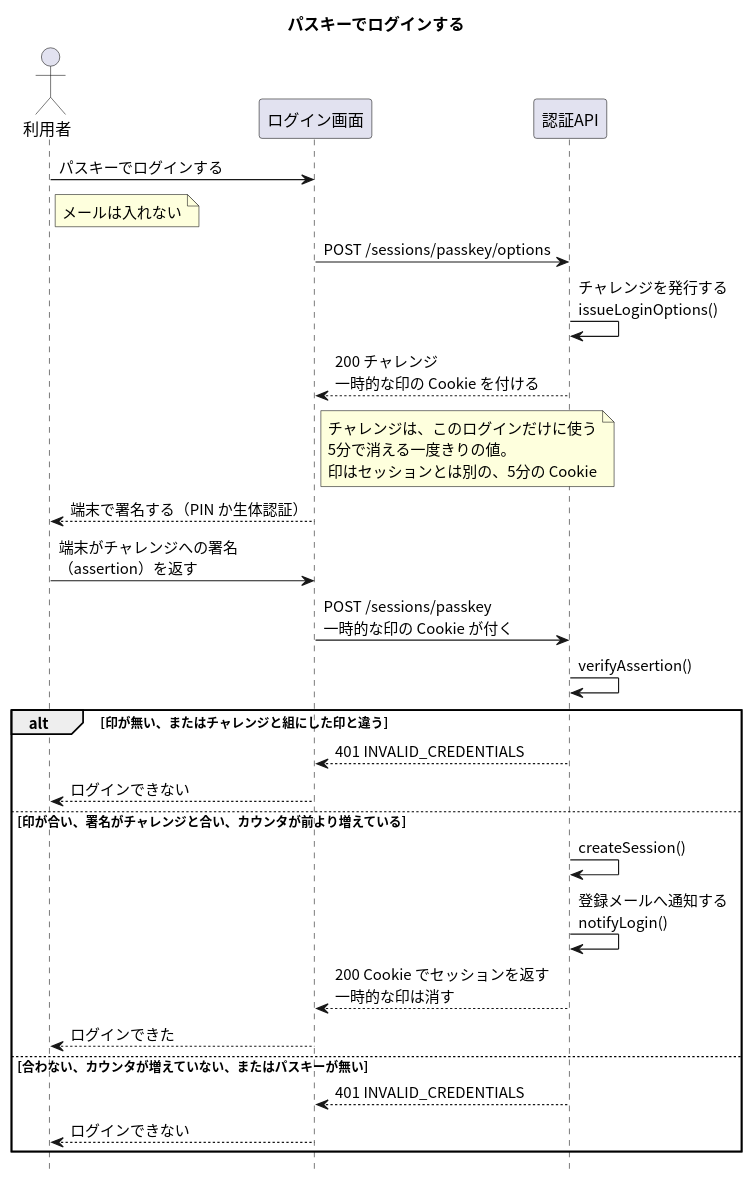
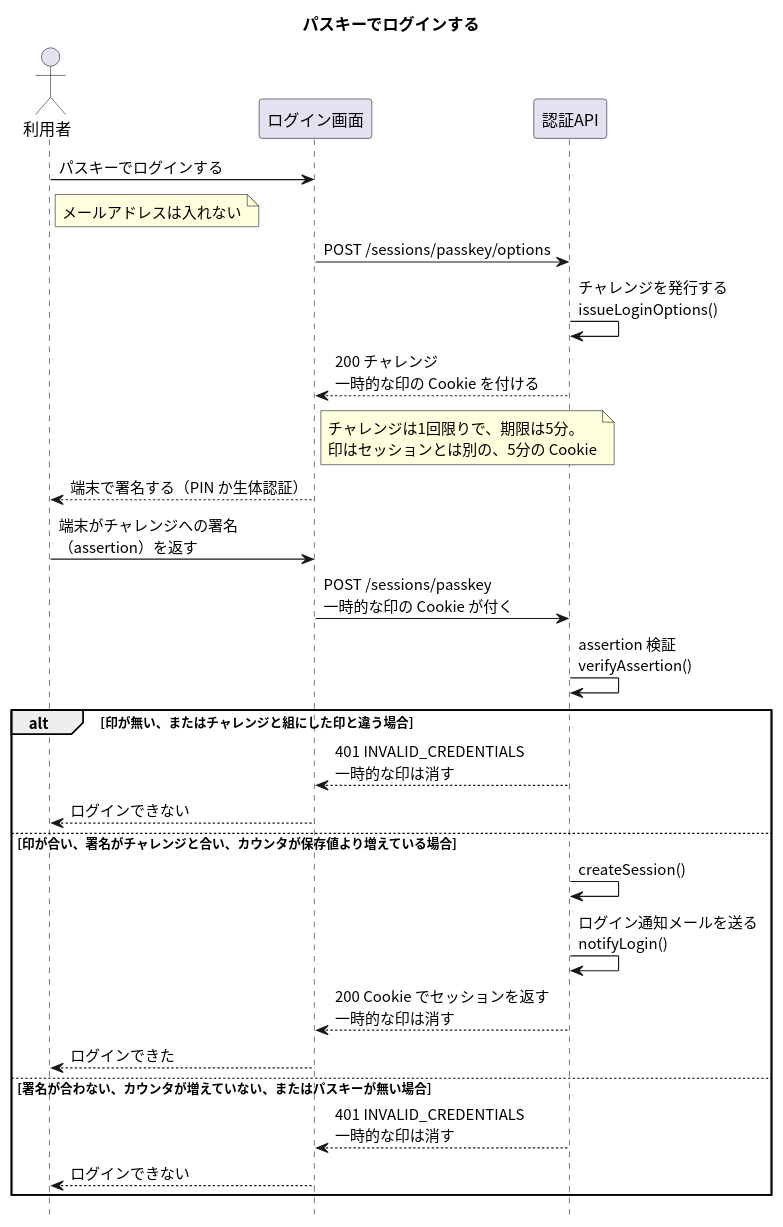
Before and after one commit to masamasamasato/design-doc-template: the diagram in apis/login-passkey/入口.puml, drawn with PlantUML. The commit also changed 113 other files, not shown here.

```diff
--- a/apis/login-passkey/入口.puml
+++ b/apis/login-passkey/入口.puml
@@ -1,35 +1,35 @@
 @startuml
 skinparam shadowing false
 skinparam defaultFontName "Noto Sans CJK JP"
 skinparam SequenceFontName "Noto Sans CJK JP"
 hide footbox
 
 title パスキーでログインする
 
 actor "利用者" as User
 participant "ログイン画面" as Screen
 participant "認証API" as API
 
 User -> Screen : パスキーでログインする
-note right of User : メールは入れない
+note right of User : メールアドレスは入れない
 Screen -> API : POST /sessions/passkey/options
 API -> API : チャレンジを発行する\nissueLoginOptions()
 API --> Screen : 200 チャレンジ\n一時的な印の Cookie を付ける
-note right of Screen : チャレンジは、このログインだけに使う\n5分で消える一度きりの値。\n印はセッションとは別の、5分の Cookie
+note right of Screen : チャレンジは1回限りで、期限は5分。\n印はセッションとは別の、5分の Cookie
 Screen --> User : 端末で署名する（PIN か生体認証）
 User -> Screen : 端末がチャレンジへの署名\n（assertion）を返す
 Screen -> API : POST /sessions/passkey\n一時的な印の Cookie が付く
-API -> API : verifyAssertion()
-alt 印が無い、またはチャレンジと組にした印と違う
-  API --> Screen : 401 INVALID_CREDENTIALS
+API -> API : assertion 検証\nverifyAssertion()
+alt 印が無い、またはチャレンジと組にした印と違う場合
+  API --> Screen : 401 INVALID_CREDENTIALS\n一時的な印は消す
   Screen --> User : ログインできない
-else 印が合い、署名がチャレンジと合い、カウンタが前より増えている
+else 印が合い、署名がチャレンジと合い、カウンタが保存値より増えている場合
   API -> API : createSession()
-  API -> API : 登録メールへ通知する\nnotifyLogin()
+  API -> API : ログイン通知メールを送る\nnotifyLogin()
   API --> Screen : 200 Cookie でセッションを返す\n一時的な印は消す
   Screen --> User : ログインできた
-else 合わない、カウンタが増えていない、またはパスキーが無い
-  API --> Screen : 401 INVALID_CREDENTIALS
+else 署名が合わない、カウンタが増えていない、またはパスキーが無い場合
+  API --> Screen : 401 INVALID_CREDENTIALS\n一時的な印は消す
   Screen --> User : ログインできない
 end
 @enduml
```
